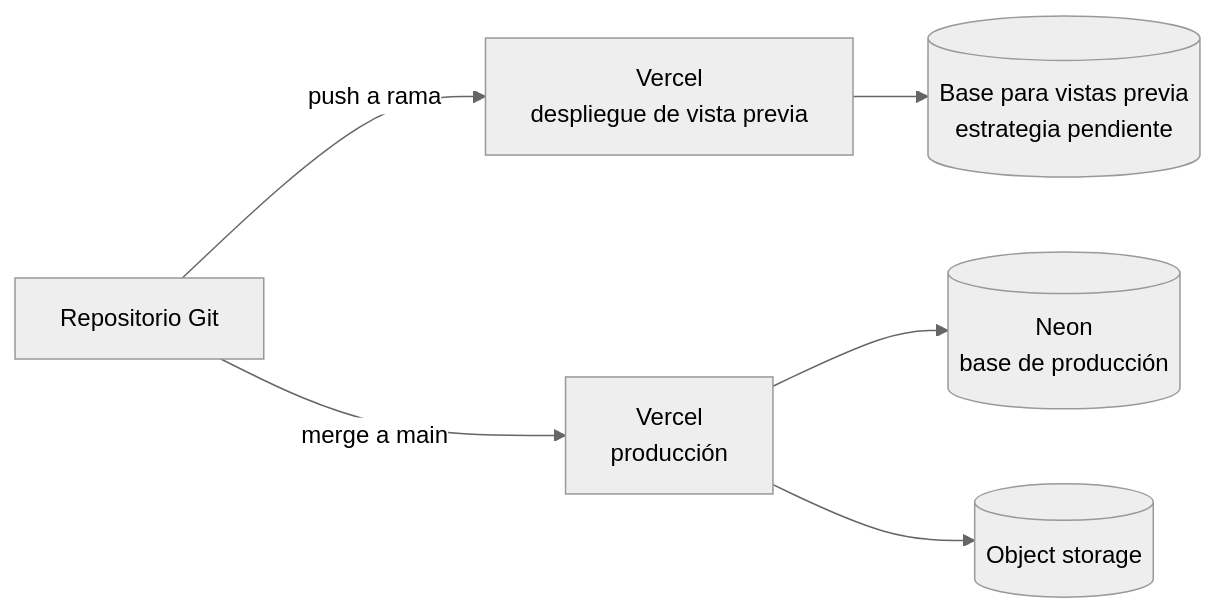
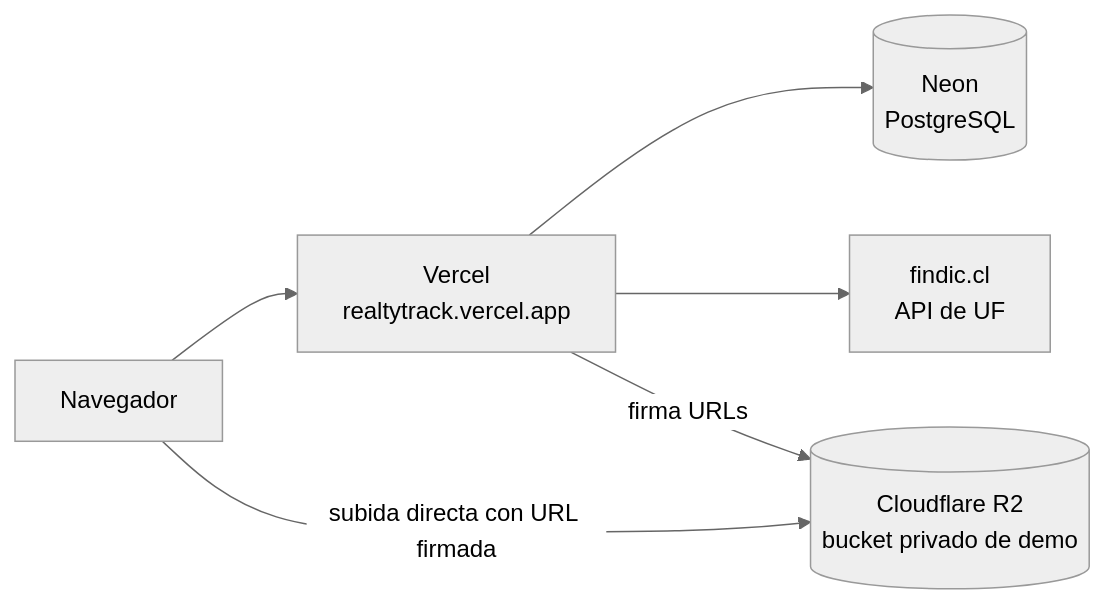
One commit to elianasaraith/feature-entrega-1-ESRF changed the fourth of 5 diagrams in docs/architecture.md. Above: the diagram before and after it, drawn with Mermaid (neutral theme). The commit also changed other lines of this file and 14 other files, not shown here.

````diff
--- a/docs/architecture.md
+++ b/docs/architecture.md
@@ -898,8 +899,8 @@
 ```mermaid
 flowchart LR
-    Dev["Repositorio Git"] -->|"push a rama"| Preview["Vercel<br/>despliegue de vista previa"]
-    Dev -->|"merge a main"| Prod["Vercel<br/>producción"]
-    Prod --> NeonProd[("Neon<br/>base de producción")]
-    Prod --> S3P[("Object storage")]
-    Preview --> NeonPrev[("Base para vistas previa<br/>estrategia pendiente")]
+    Navegador["Navegador"] --> Prod["Vercel<br/>realtytrack.vercel.app"]
+    Prod --> NeonProd[("Neon<br/>PostgreSQL")]
+    Prod --> UF["findic.cl<br/>API de UF"]
+    Prod -->|"firma URLs"| R2[("Cloudflare R2<br/>bucket privado de demo")]
+    Navegador -->|"subida directa con URL firmada"| R2
 ```
````
